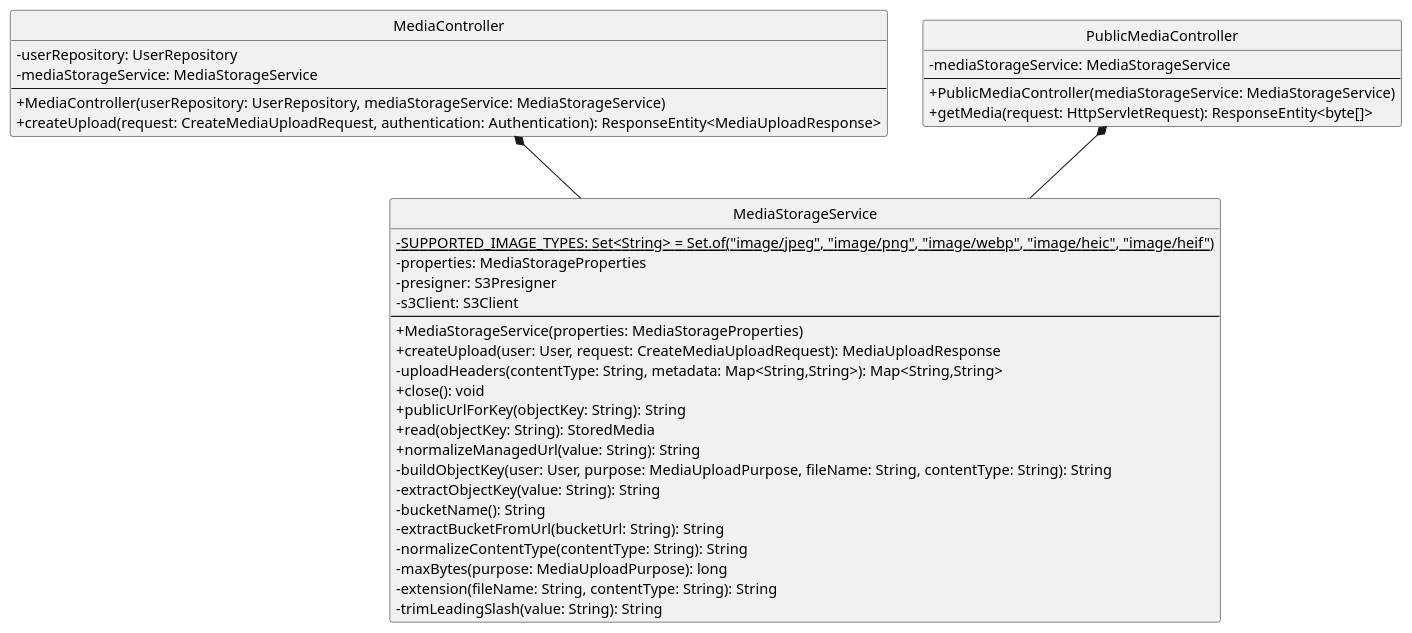
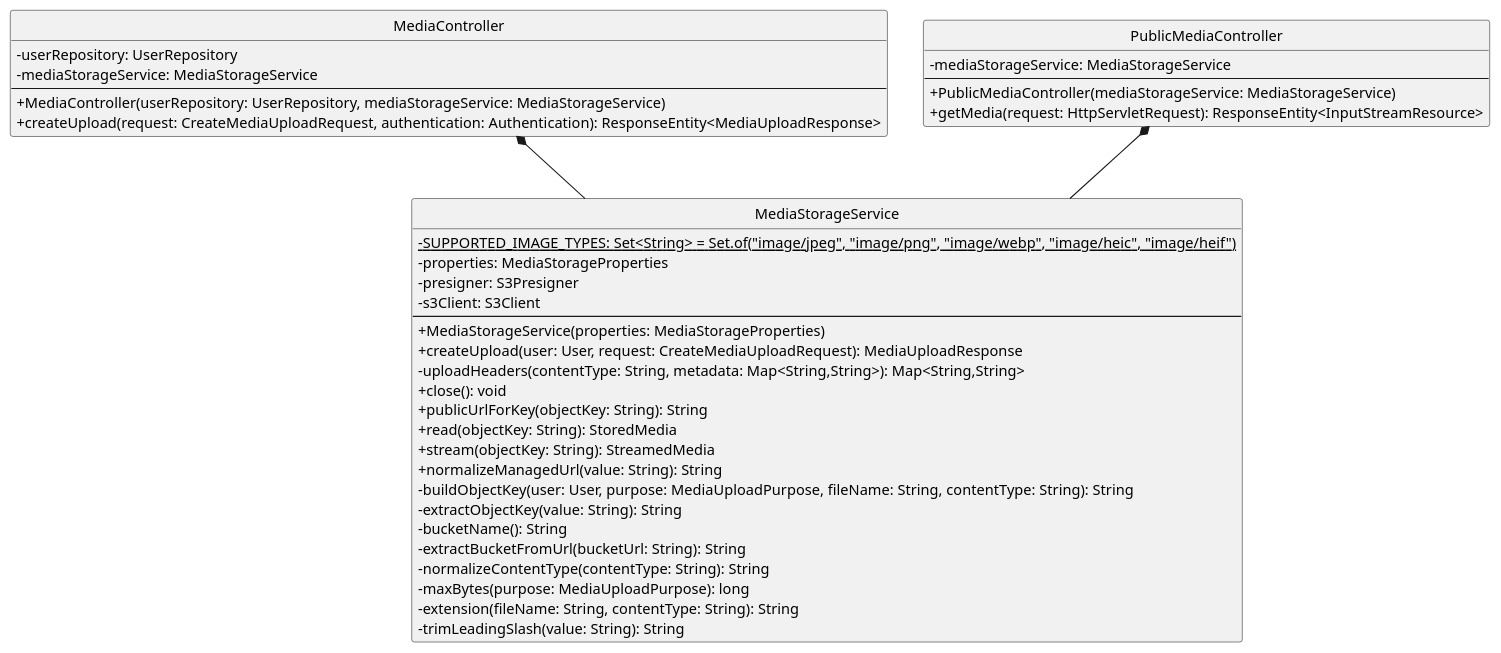
One commit to whskee/scuba-pal changed the diagram in docs/src/content/diagrams/plantuml/media.puml. Above: the diagram before and after it, drawn with PlantUML. The commit also changed other lines of this file and 3 other files, not shown here.

```diff
--- a/docs/src/content/diagrams/plantuml/media.puml
+++ b/docs/src/content/diagrams/plantuml/media.puml
@@ -6,45 +6,46 @@
 @startuml
 skinparam classAttributeIconSize 0
 hide circle
 
 class MediaStorageService {
   -{static} SUPPORTED_IMAGE_TYPES: Set<String> = Set.of("image/jpeg", "image/png", "image/webp", "image/heic", "image/heif")
   -properties: MediaStorageProperties
   -presigner: S3Presigner
   -s3Client: S3Client
   --
   +MediaStorageService(properties: MediaStorageProperties)
   +createUpload(user: User, request: CreateMediaUploadRequest): MediaUploadResponse
   -uploadHeaders(contentType: String, metadata: Map<String,String>): Map<String,String>
   +close(): void
   +publicUrlForKey(objectKey: String): String
   +read(objectKey: String): StoredMedia
+  +stream(objectKey: String): StreamedMedia
   +normalizeManagedUrl(value: String): String
   -buildObjectKey(user: User, purpose: MediaUploadPurpose, fileName: String, contentType: String): String
   -extractObjectKey(value: String): String
   -bucketName(): String
   -extractBucketFromUrl(bucketUrl: String): String
   -normalizeContentType(contentType: String): String
   -maxBytes(purpose: MediaUploadPurpose): long
   -extension(fileName: String, contentType: String): String
   -trimLeadingSlash(value: String): String
 }
 
 class MediaController {
   -userRepository: UserRepository
   -mediaStorageService: MediaStorageService
   --
   +MediaController(userRepository: UserRepository, mediaStorageService: MediaStorageService)
   +createUpload(request: CreateMediaUploadRequest, authentication: Authentication): ResponseEntity<MediaUploadResponse>
 }
 
 class PublicMediaController {
   -mediaStorageService: MediaStorageService
   --
   +PublicMediaController(mediaStorageService: MediaStorageService)
-  +getMedia(request: HttpServletRequest): ResponseEntity<byte[]>
+  +getMedia(request: HttpServletRequest): ResponseEntity<InputStreamResource>
 }
 
 MediaController *-- MediaStorageService
 PublicMediaController *-- MediaStorageService
 @enduml
```
